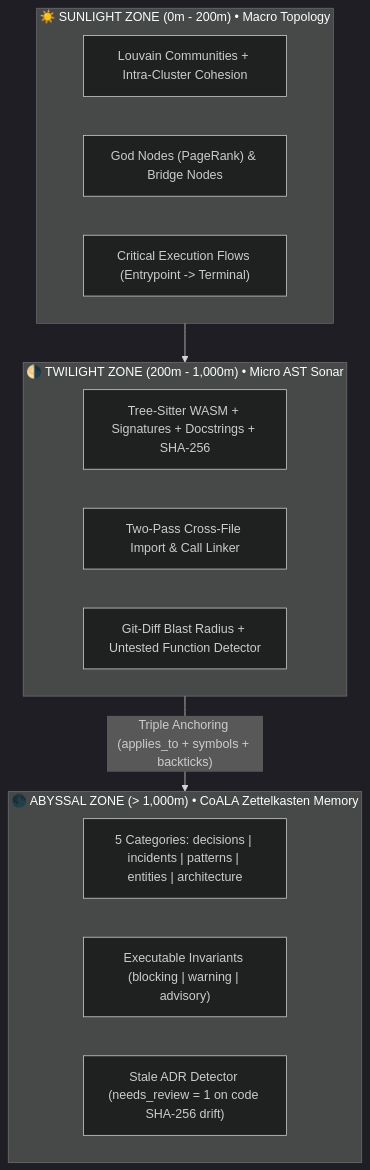
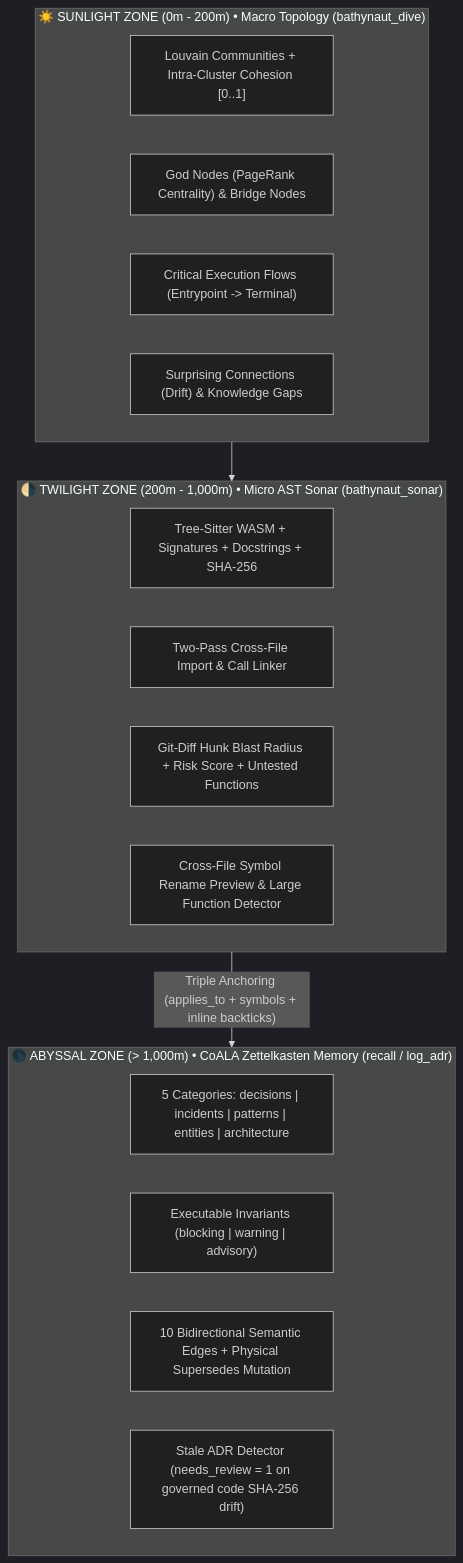
One commit to miguelarcjr/bathynaut changed the diagram in README.md. Above: the diagram before and after it, drawn with Mermaid (dark theme). The commit also changed other lines of this file, not shown here.

````diff
--- a/README.md
+++ b/README.md
@@ -54,23 +128,26 @@
 ```mermaid
 flowchart TD
-    subgraph SUNLIGHT["☀️ SUNLIGHT ZONE (0m - 200m) • Macro Topology"]
-        C["Louvain Communities + Intra-Cluster Cohesion"]
-        G["God Nodes (PageRank) & Bridge Nodes"]
+    subgraph SUNLIGHT["☀️ SUNLIGHT ZONE (0m - 200m) • Macro Topology (bathynaut_dive)"]
+        C["Louvain Communities + Intra-Cluster Cohesion [0..1]"]
+        G["God Nodes (PageRank Centrality) & Bridge Nodes"]
         F["Critical Execution Flows (Entrypoint -> Terminal)"]
+        D["Surprising Connections (Drift) & Knowledge Gaps"]
     end
 
-    subgraph TWILIGHT["🌗 TWILIGHT ZONE (200m - 1,000m) • Micro AST Sonar"]
+    subgraph TWILIGHT["🌗 TWILIGHT ZONE (200m - 1,000m) • Micro AST Sonar (bathynaut_sonar)"]
         AST["Tree-Sitter WASM + Signatures + Docstrings + SHA-256"]
         LINK["Two-Pass Cross-File Import & Call Linker"]
-        BLAST["Git-Diff Blast Radius + Untested Function Detector"]
+        BLAST["Git-Diff Hunk Blast Radius + Risk Score + Untested Functions"]
+        REF["Cross-File Symbol Rename Preview & Large Function Detector"]
     end
 
-    subgraph ABYSSAL["🌑 ABYSSAL ZONE (> 1,000m) • CoALA Zettelkasten Memory"]
+    subgraph ABYSSAL["🌑 ABYSSAL ZONE (> 1,000m) • CoALA Zettelkasten Memory (recall / log_adr)"]
         COALA["5 Categories: decisions | incidents | patterns | entities | architecture"]
         INV["Executable Invariants (blocking | warning | advisory)"]
-        STALE["Stale ADR Detector (needs_review = 1 on code SHA-256 drift)"]
+        EDGES["10 Bidirectional Semantic Edges + Physical Supersedes Mutation"]
+        STALE["Stale ADR Detector (needs_review = 1 on governed code SHA-256 drift)"]
     end
 
     SUNLIGHT --> TWILIGHT
-    TWILIGHT -->|"Triple Anchoring (applies_to + symbols + backticks)"| ABYSSAL
+    TWILIGHT -->|"Triple Anchoring (applies_to + symbols + inline backticks)"| ABYSSAL
 ```
````
